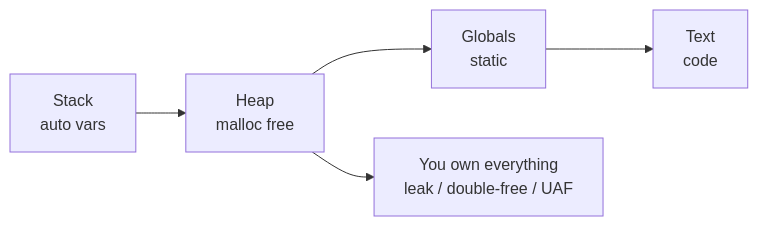
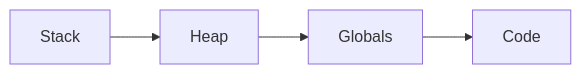
The diagram in Development/Programming-Languages/C.md (444Nazky/My-Vault), drawn with Mermaid before and after one commit. The commit also changed other lines of this file and 7 other files, not shown here.

````diff
--- a/Development/Programming-Languages/C.md
+++ b/Development/Programming-Languages/C.md
@@ -20,7 +19,6 @@
 ```mermaid
 flowchart LR
-    S[Stack<br/>auto vars] --> H[Heap<br/>malloc free]
-    H --> G[Globals<br/>static]
-    G --> T[Text<br/>code]
-    H --> BUG[You own everything<br/>leak / double-free / UAF]
+    S["Stack"] --> H["Heap"]
+    H --> G["Globals"]
+    G --> T["Code"]
 ```
````
